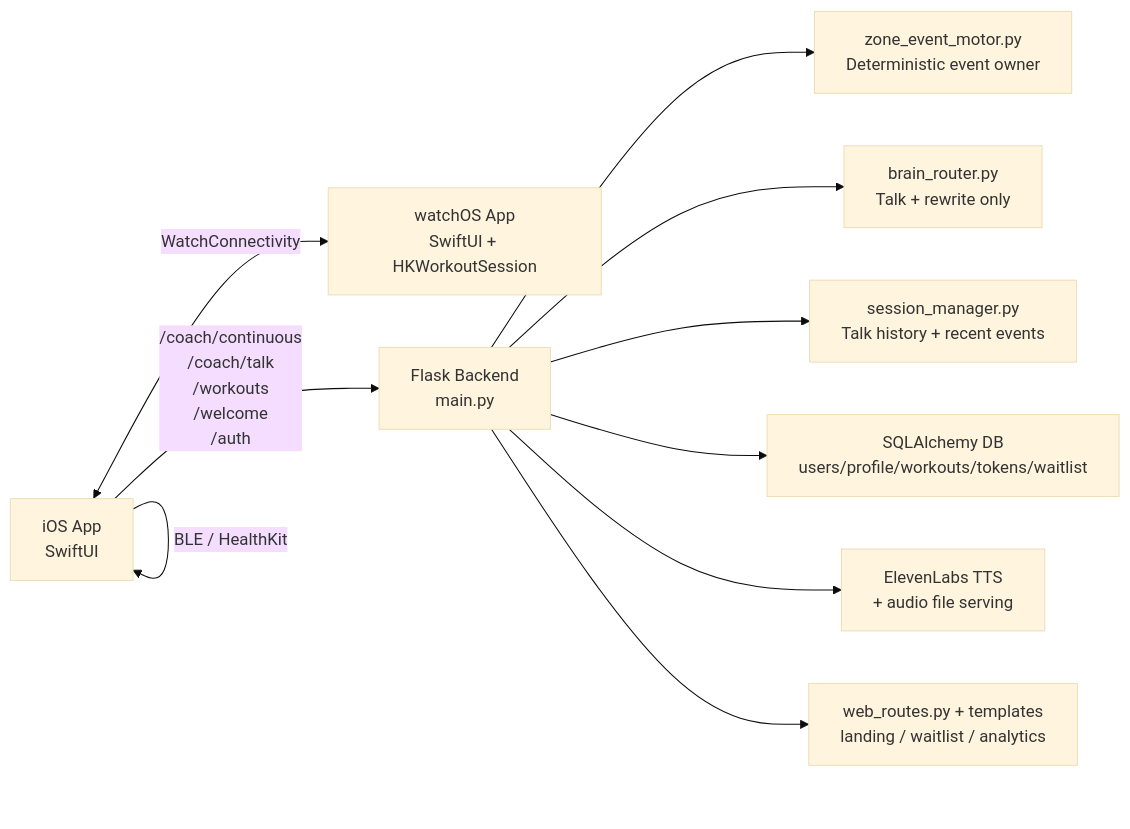
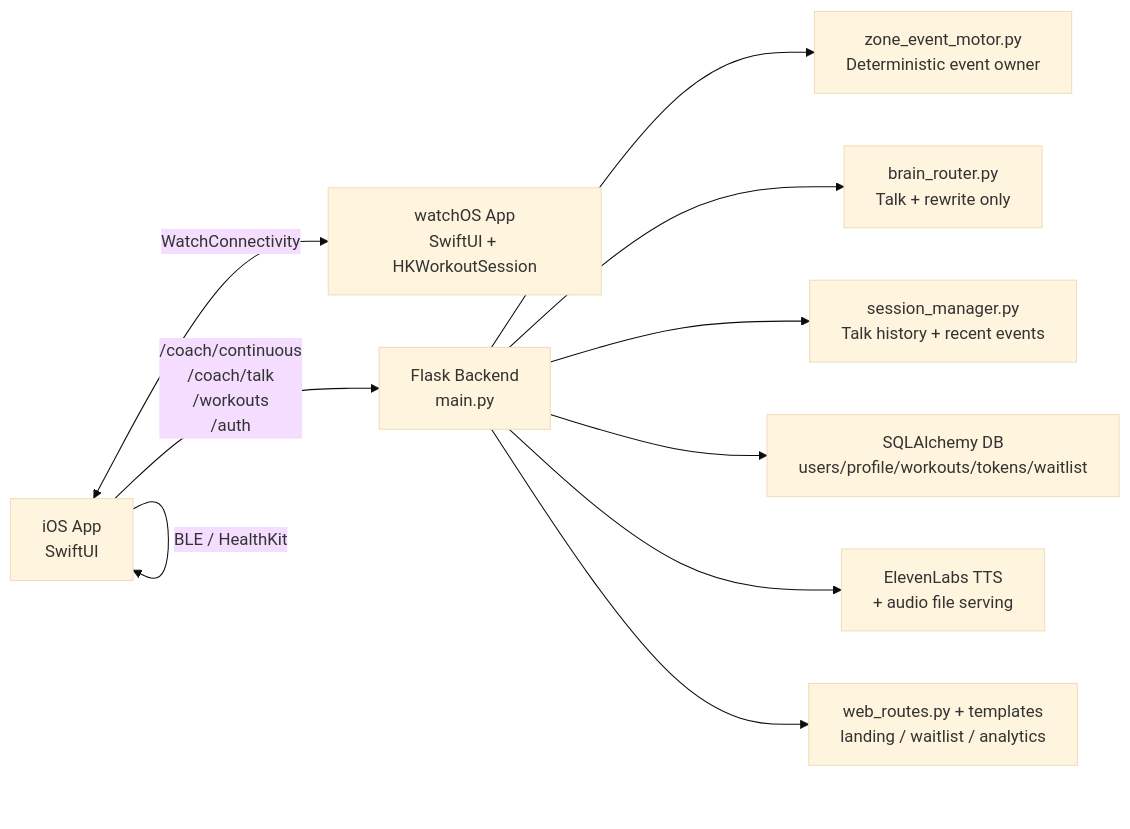
Before and after one commit to 98Mvg/treningscoach-backend: the first of 3 diagrams in CODEBASE_GUIDE.md, drawn with Mermaid (base theme). The commit also changed other lines of this file and 57 other files, not shown here.

````diff
--- a/CODEBASE_GUIDE.md
+++ b/CODEBASE_GUIDE.md
@@ -118,22 +118,22 @@
 ```mermaid
 flowchart LR
     IOS["iOS App\nSwiftUI"]
     WATCH["watchOS App\nSwiftUI + HKWorkoutSession"]
     BACKEND["Flask Backend\nmain.py"]
     ZONE["zone_event_motor.py\nDeterministic event owner"]
     BRAIN["brain_router.py\nTalk + rewrite only"]
     SESSION["session_manager.py\nTalk history + recent events"]
     DB["SQLAlchemy DB\nusers/profile/workouts/tokens/waitlist"]
     TTS["ElevenLabs TTS\n+ audio file serving"]
     WEB["web_routes.py + templates\nlanding / waitlist / analytics"]
 
-    IOS -->|"/coach/continuous\n/coach/talk\n/workouts\n/welcome\n/auth"| BACKEND
+    IOS -->|"/coach/continuous\n/coach/talk\n/workouts\n/auth"| BACKEND
     IOS <-->|"WatchConnectivity"| WATCH
     IOS -->|"BLE / HealthKit"| IOS
     BACKEND --> ZONE
     BACKEND --> BRAIN
     BACKEND --> SESSION
     BACKEND --> DB
     BACKEND --> TTS
     BACKEND --> WEB
 ```
````
